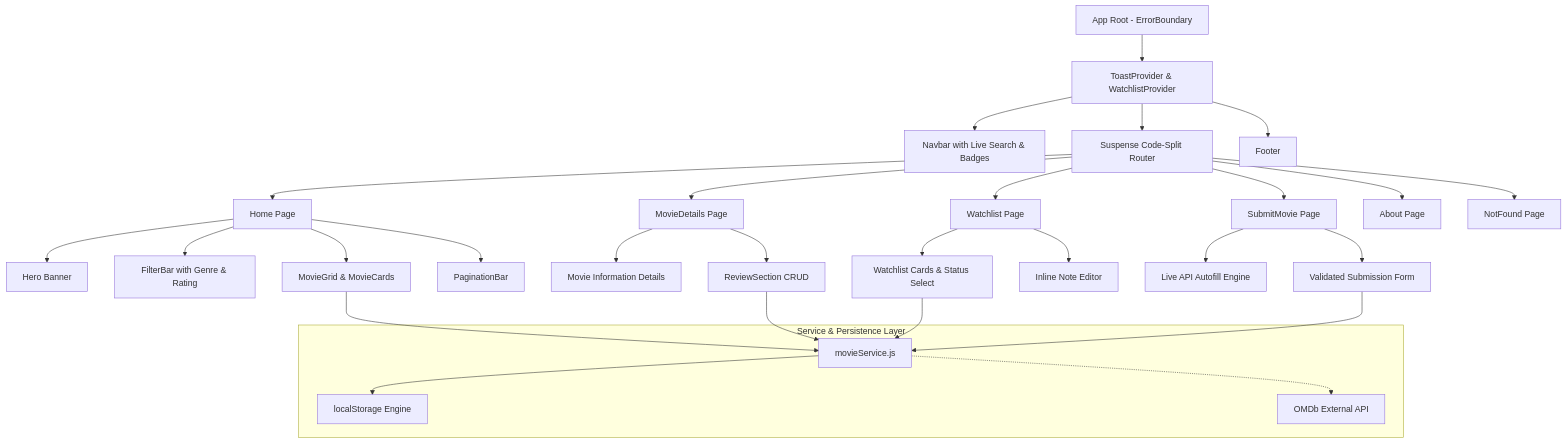
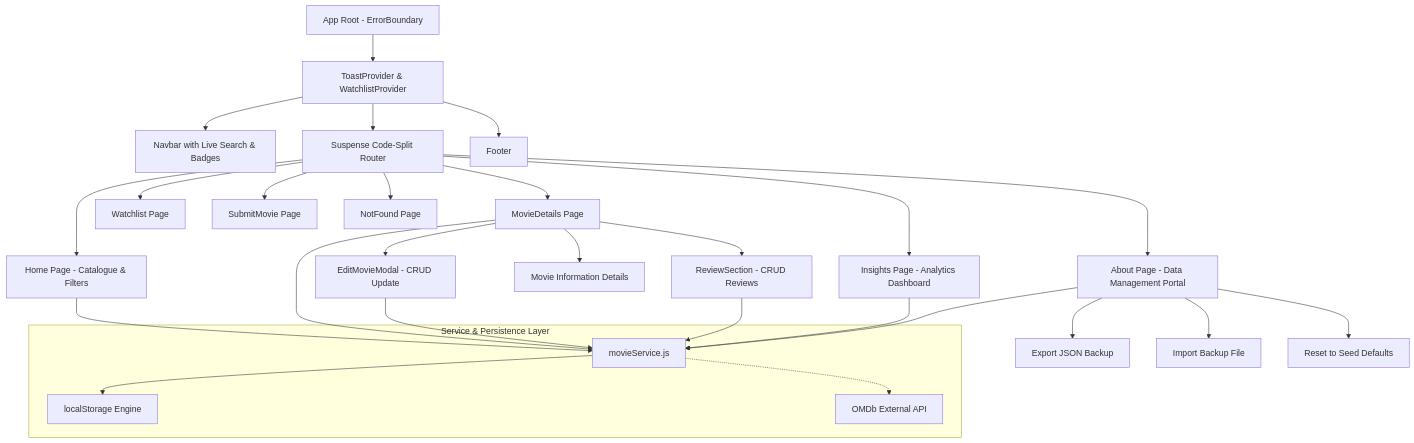
Before and after one commit to vikrant-salunkhe/cinefolio: the diagram in docs/FA2_PROJECT_REPORT.md, drawn with Mermaid. The commit also changed other lines of this file and 2 other files, not shown here.

````diff
--- a/docs/FA2_PROJECT_REPORT.md
+++ b/docs/FA2_PROJECT_REPORT.md
@@ -56,41 +59,38 @@
 ```mermaid
 graph TD
     A[App Root - ErrorBoundary] --> B[ToastProvider & WatchlistProvider]
     B --> C[Navbar with Live Search & Badges]
     B --> D[Suspense Code-Split Router]
     B --> E[Footer]
 
-    D --> F[Home Page]
+    D --> F[Home Page - Catalogue & Filters]
     D --> G[MovieDetails Page]
     D --> H[Watchlist Page]
     D --> I[SubmitMovie Page]
-    D --> J[About Page]
-    D --> K[NotFound Page]
-
-    F --> F1[Hero Banner]
-    F --> F2[FilterBar with Genre & Rating]
-    F --> F3[MovieGrid & MovieCards]
-    F --> F4[PaginationBar]
+    D --> J[Insights Page - Analytics Dashboard]
+    D --> K[About Page - Data Management Portal]
+    D --> L[NotFound Page]
 
     G --> G1[Movie Information Details]
-    G --> G2[ReviewSection CRUD]
+    G --> G2[EditMovieModal - CRUD Update]
+    G --> G3[ReviewSection - CRUD Reviews]
 
-    H --> H1[Watchlist Cards & Status Select]
-    H --> H2[Inline Note Editor]
-
-    I --> I1[Live API Autofill Engine]
-    I --> I2[Validated Submission Form]
+    K --> K1[Export JSON Backup]
+    K --> K2[Import Backup File]
+    K --> K3[Reset to Seed Defaults]
 
     subgraph Service & Persistence Layer
-        L[movieService.js]
-        M[localStorage Engine]
-        N[OMDb External API]
+        M[movieService.js]
+        N[localStorage Engine]
+        O[OMDb External API]
     end
 
-    F3 --> L
-    G2 --> L
-    H1 --> L
-    I2 --> L
-    L --> M
-    L -.-> N
+    F --> M
+    G --> M
+    G2 --> M
+    G3 --> M
+    J --> M
+    K --> M
+    M --> N
+    M -.-> O
 ```
````
